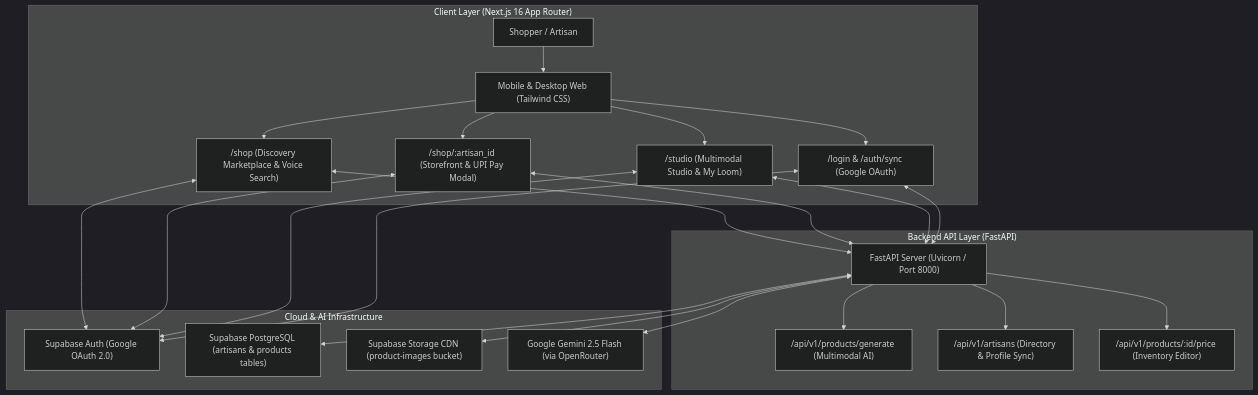
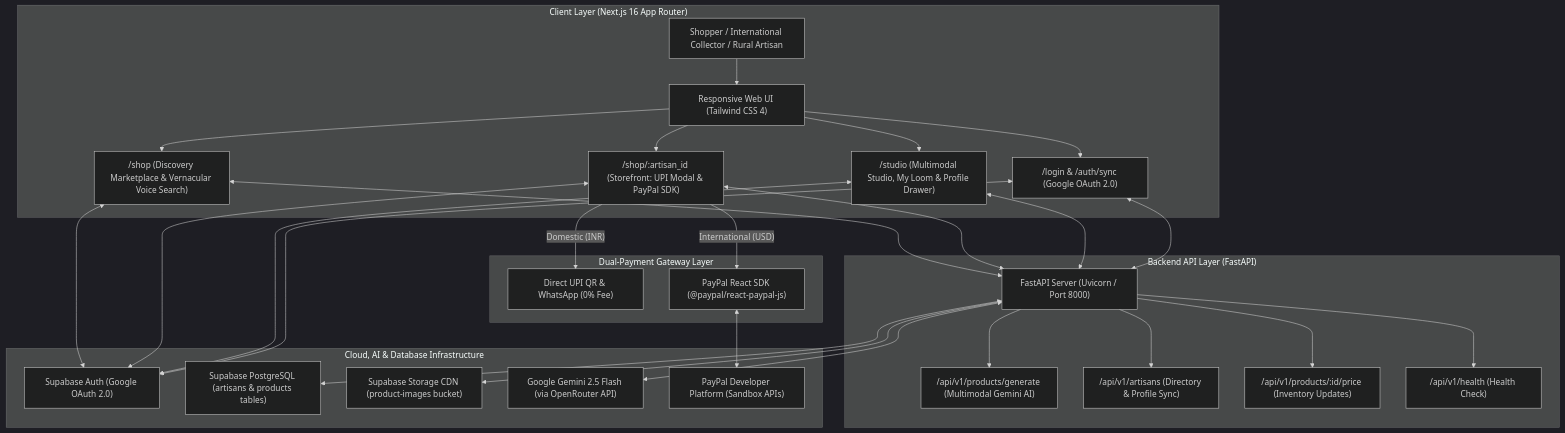
One commit to IamGeniusORG/Vernacular-AI changed the diagram in README.md. Above: the diagram before and after it, drawn with Mermaid (dark theme). The commit also changed other lines of this file and 22 other files, not shown here.

First line of the commit message:
feat: integrate Global Export Mode with PayPal React SDK and AI USD pricing engine

````diff
--- a/README.md
+++ b/README.md
@@ -79,30 +78,38 @@
 ```mermaid
 flowchart TD
     subgraph Client ["Client Layer (Next.js 16 App Router)"]
-        A["Shopper / Artisan"] --> B["Mobile & Desktop Web (Tailwind CSS)"]
-        B --> C["/shop (Discovery Marketplace & Voice Search)"]
-        B --> D["/shop/:artisan_id (Storefront & UPI Pay Modal)"]
-        B --> E["/studio (Multimodal Studio & My Loom)"]
-        B --> F["/login & /auth/sync (Google OAuth)"]
+        A["Shopper / International Collector / Rural Artisan"] --> B["Responsive Web UI (Tailwind CSS 4)"]
+        B --> C["/shop (Discovery Marketplace & Vernacular Voice Search)"]
+        B --> D["/shop/:artisan_id (Storefront: UPI Modal & PayPal SDK)"]
+        B --> E["/studio (Multimodal Studio, My Loom & Profile Drawer)"]
+        B --> F["/login & /auth/sync (Google OAuth 2.0)"]
+    end
+
+    subgraph Payments ["Dual-Payment Gateway Layer"]
+        D -- Domestic (INR) --> P1["Direct UPI QR & WhatsApp (0% Fee)"]
+        D -- International (USD) --> P2["PayPal React SDK (@paypal/react-paypal-js)"]
     end
 
     subgraph Backend ["Backend API Layer (FastAPI)"]
         G["FastAPI Server (Uvicorn / Port 8000)"]
-        G --> H["/api/v1/products/generate (Multimodal AI)"]
+        G --> H["/api/v1/products/generate (Multimodal Gemini AI)"]
         G --> I["/api/v1/artisans (Directory & Profile Sync)"]
-        G --> J["/api/v1/products/:id/price (Inventory Editor)"]
+        G --> J["/api/v1/products/:id/price (Inventory Updates)"]
+        G --> K["/api/v1/health (Health Check)"]
     end
 
-    subgraph Cloud ["Cloud & AI Infrastructure"]
-        K["Supabase Auth (Google OAuth 2.0)"]
-        L["Supabase PostgreSQL (artisans & products tables)"]
-        M["Supabase Storage CDN (product-images bucket)"]
-        N["Google Gemini 2.5 Flash (via OpenRouter)"]
+    subgraph Cloud ["Cloud, AI & Database Infrastructure"]
+        L["Supabase Auth (Google OAuth 2.0)"]
+        M["Supabase PostgreSQL (artisans & products tables)"]
+        N["Supabase Storage CDN (product-images bucket)"]
+        O["Google Gemini 2.5 Flash (via OpenRouter API)"]
+        P["PayPal Developer Platform (Sandbox APIs)"]
     end
 
     C & D & E & F <--> G
-    C & D & E & F <--> K
-    G <--> L
+    C & D & E & F <--> L
+    P2 <--> P
     G <--> M
     G <--> N
+    G <--> O
 ```
````
